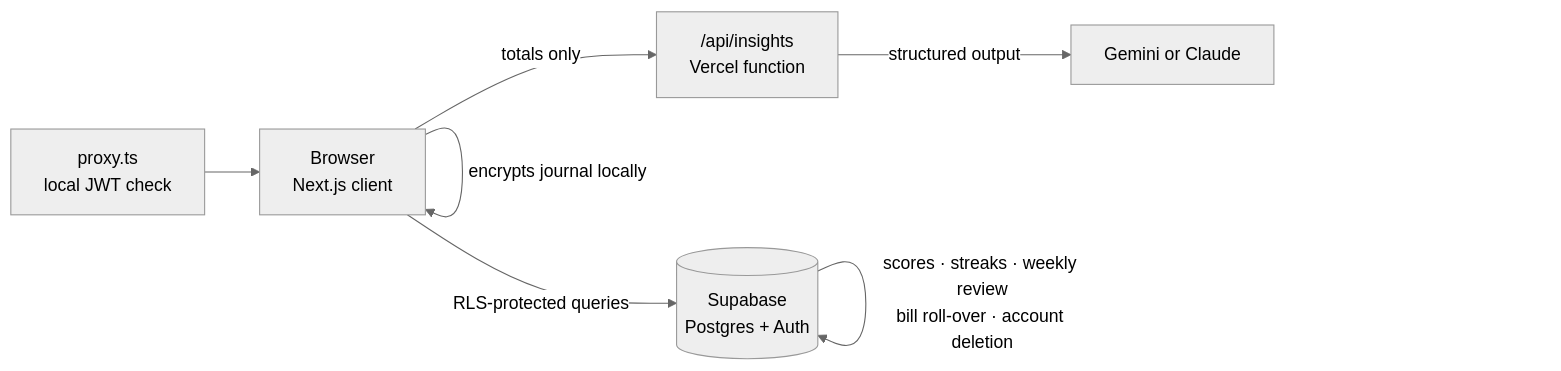
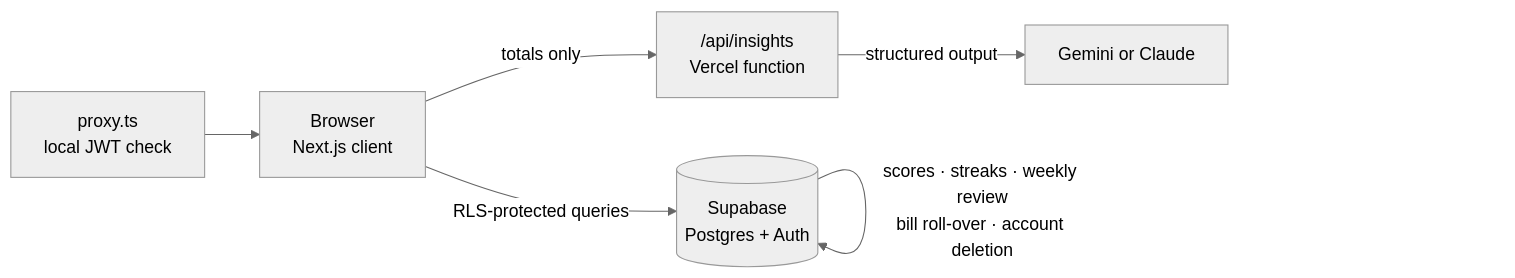
Before and after one commit to kirangautham-82899/Dovie: the diagram in README.md, drawn with Mermaid (neutral theme). The commit also changed other lines of this file and 1 other file, not shown here.

First line of the commit message:
fix: README journal wording and database advisor warnings

````diff
--- a/README.md
+++ b/README.md
@@ -106,9 +106,8 @@
 ```mermaid
 flowchart LR
     U[Browser<br/>Next.js client] -->|RLS-protected queries| S[(Supabase<br/>Postgres + Auth)]
-    U -->|encrypts journal locally| U
     U -->|totals only| A["/api/insights<br/>Vercel function"]
     A -->|structured output| C[Gemini or Claude]
     P[proxy.ts<br/>local JWT check] --> U
     S -->|scores · streaks · weekly review<br/>bill roll-over · account deletion| S
 ```
````
